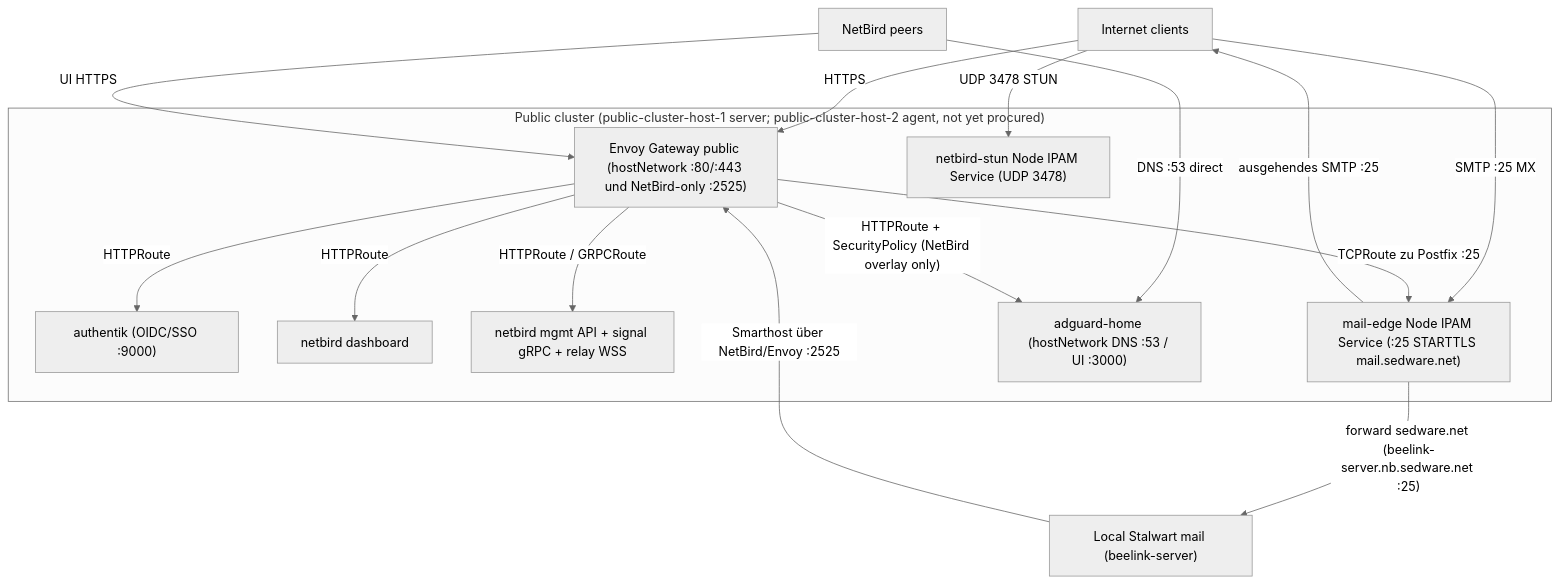
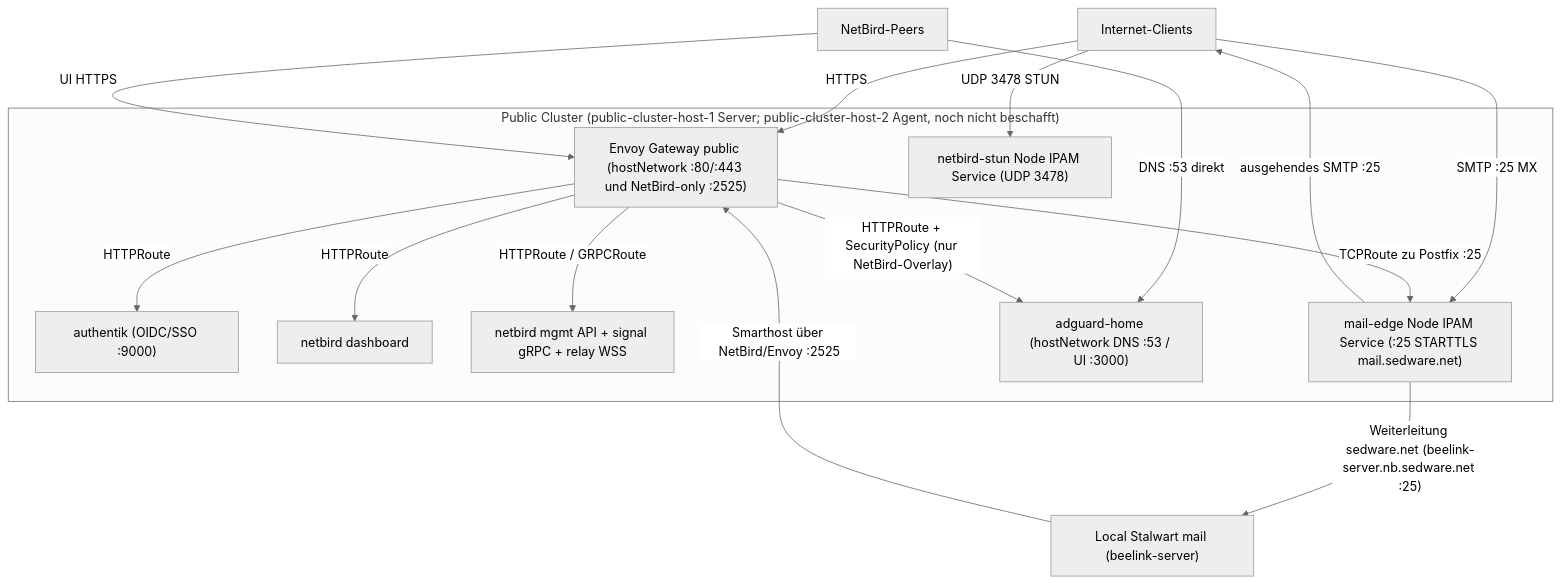
One commit to rowBeeX/public-cluster-kubernetes changed the diagram in docs/architecture.md. Above: the diagram before and after it, drawn with Mermaid (neutral theme). The commit also changed other lines of this file and 25 other files, not shown here.

````diff
--- a/docs/architecture.md
+++ b/docs/architecture.md
@@ -44,32 +47,32 @@
 ```mermaid
 flowchart TB
-  internet["Internet clients"]
-  nbpeers["NetBird peers"]
+  internet["Internet-Clients"]
+  nbpeers["NetBird-Peers"]
   stalwart["Local Stalwart mail (beelink-server)"]
 
-  subgraph public["Public cluster (public-cluster-host-1 server; public-cluster-host-2 agent, not yet procured)"]
+  subgraph public["Public Cluster (public-cluster-host-1 Server; public-cluster-host-2 Agent, noch nicht beschafft)"]
     envoy["Envoy Gateway public (hostNetwork :80/:443 und NetBird-only :2525)"]
     authentik["authentik (OIDC/SSO :9000)"]
     nbdash["netbird dashboard"]
     nbmgmt["netbird mgmt API + signal gRPC + relay WSS"]
     stunsvc["netbird-stun Node IPAM Service (UDP 3478)"]
     mailedge["mail-edge Node IPAM Service (:25 STARTTLS mail.sedware.net)"]
     adguard["adguard-home (hostNetwork DNS :53 / UI :3000)"]
   end
 
   internet -->|HTTPS| envoy
   envoy -->|HTTPRoute| authentik
   envoy -->|HTTPRoute| nbdash
   envoy -->|HTTPRoute / GRPCRoute| nbmgmt
 
   internet -->|UDP 3478 STUN| stunsvc
   internet -->|SMTP :25 MX| mailedge
-  mailedge -->|"forward sedware.net (beelink-server.nb.sedware.net :25)"| stalwart
+  mailedge -->|"Weiterleitung sedware.net (beelink-server.nb.sedware.net :25)"| stalwart
   stalwart -->|"Smarthost über NetBird/Envoy :2525"| envoy
   envoy -->|"TCPRoute zu Postfix :25"| mailedge
   mailedge -->|"ausgehendes SMTP :25"| internet
 
-  nbpeers -->|DNS :53 direct| adguard
+  nbpeers -->|DNS :53 direkt| adguard
   nbpeers -->|UI HTTPS| envoy
-  envoy -->|"HTTPRoute + SecurityPolicy (NetBird overlay only)"| adguard
+  envoy -->|"HTTPRoute + SecurityPolicy (nur NetBird-Overlay)"| adguard
 ```
````
